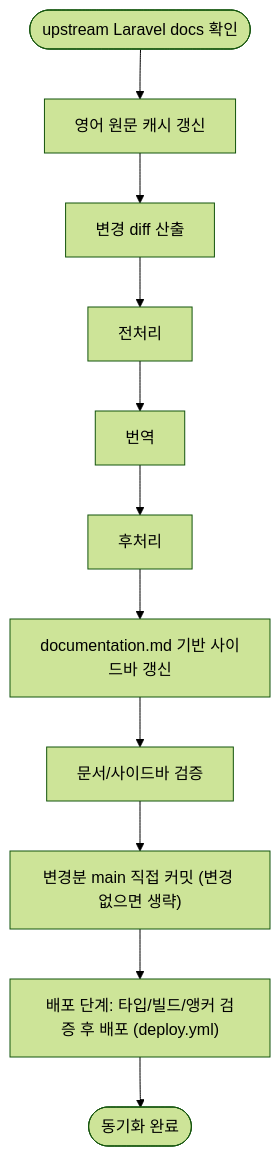
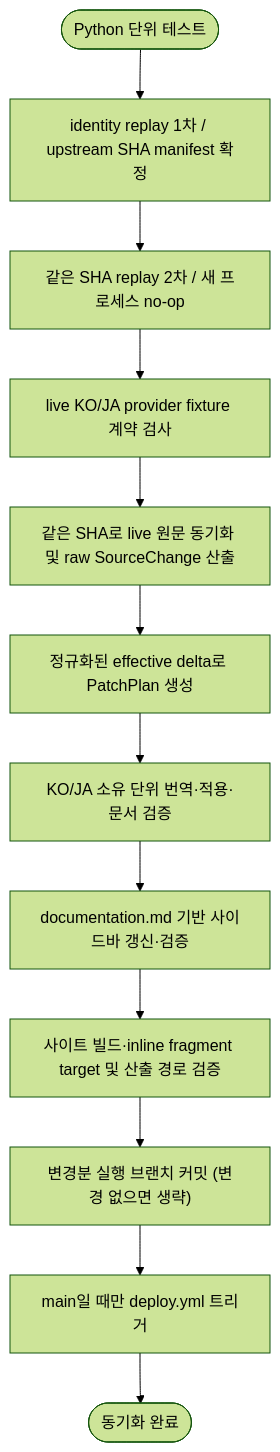
One commit to letsescape/laravel-docs changed the diagram in translation-sync/docs/05-additional-work.md. Above: the diagram before and after it, drawn with Mermaid (forest theme). The commit also changed other lines of this file and 76 other files, not shown here.

````diff
--- a/translation-sync/docs/05-additional-work.md
+++ b/translation-sync/docs/05-additional-work.md
@@ -19,13 +21,14 @@
 ```mermaid
 flowchart TD
-    A([upstream Laravel docs 확인]) --> B["영어 원문 캐시 갱신"]
-    B --> C["변경 diff 산출"]
-    C --> D["전처리"]
-    D --> E["번역"]
-    E --> F["후처리"]
-    F --> G["documentation.md 기반 사이드바 갱신"]
-    G --> H["문서/사이드바 검증"]
-    H --> J["변경분 main 직접 커밋 (변경 없으면 생략)"]
-    J --> K["배포 단계: 타입/빌드/앵커 검증 후 배포 (deploy.yml)"]
+    A([Python 단위 테스트]) --> R1["identity replay 1차 / upstream SHA manifest 확정"]
+    R1 --> R2["같은 SHA replay 2차 / 새 프로세스 no-op"]
+    R2 --> Q["live KO/JA provider fixture 계약 검사"]
+    Q --> C["같은 SHA로 live 원문 동기화 및 raw SourceChange 산출"]
+    C --> D["정규화된 effective delta로 PatchPlan 생성"]
+    D --> E["KO/JA 소유 단위 번역·적용·문서 검증"]
+    E --> G["documentation.md 기반 사이드바 갱신·검증"]
+    G --> H["사이트 빌드·inline fragment target 및 산출 경로 검증"]
+    H --> J["변경분 실행 브랜치 커밋 (변경 없으면 생략)"]
+    J --> K["main일 때만 deploy.yml 트리거"]
     K --> Z([동기화 완료])
 ```
````
